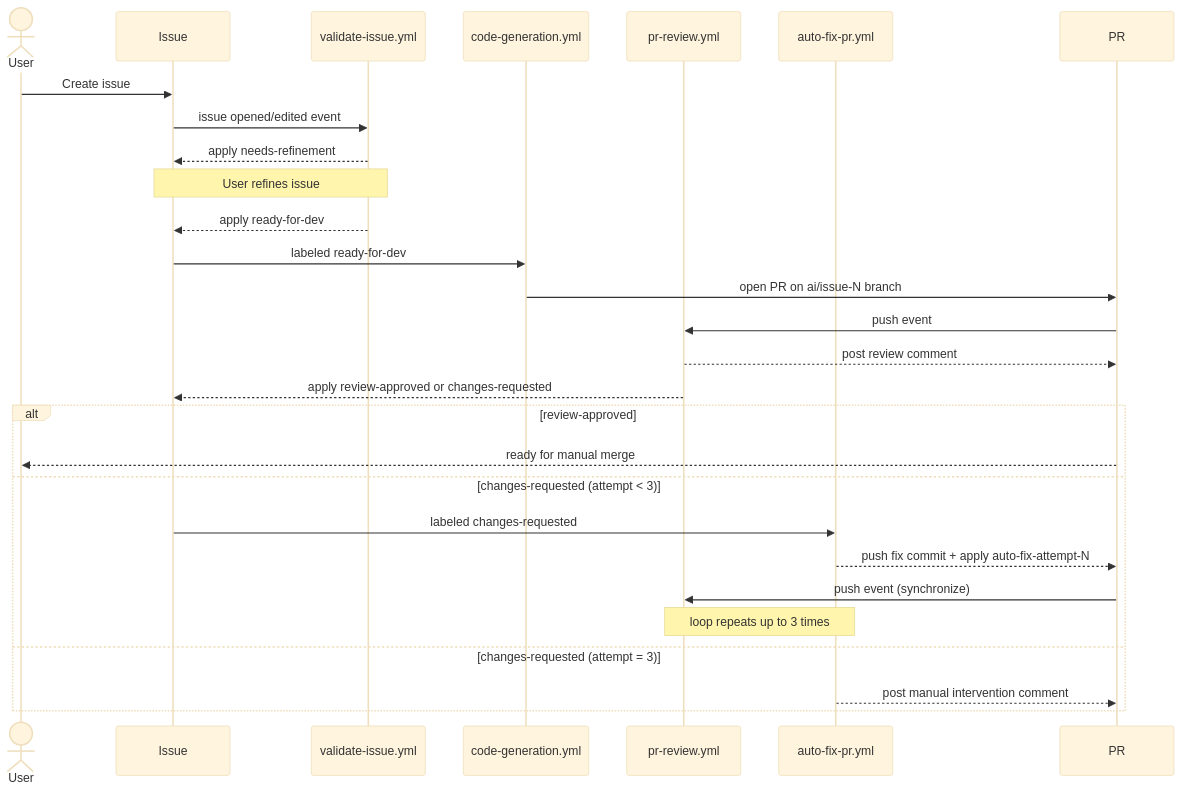
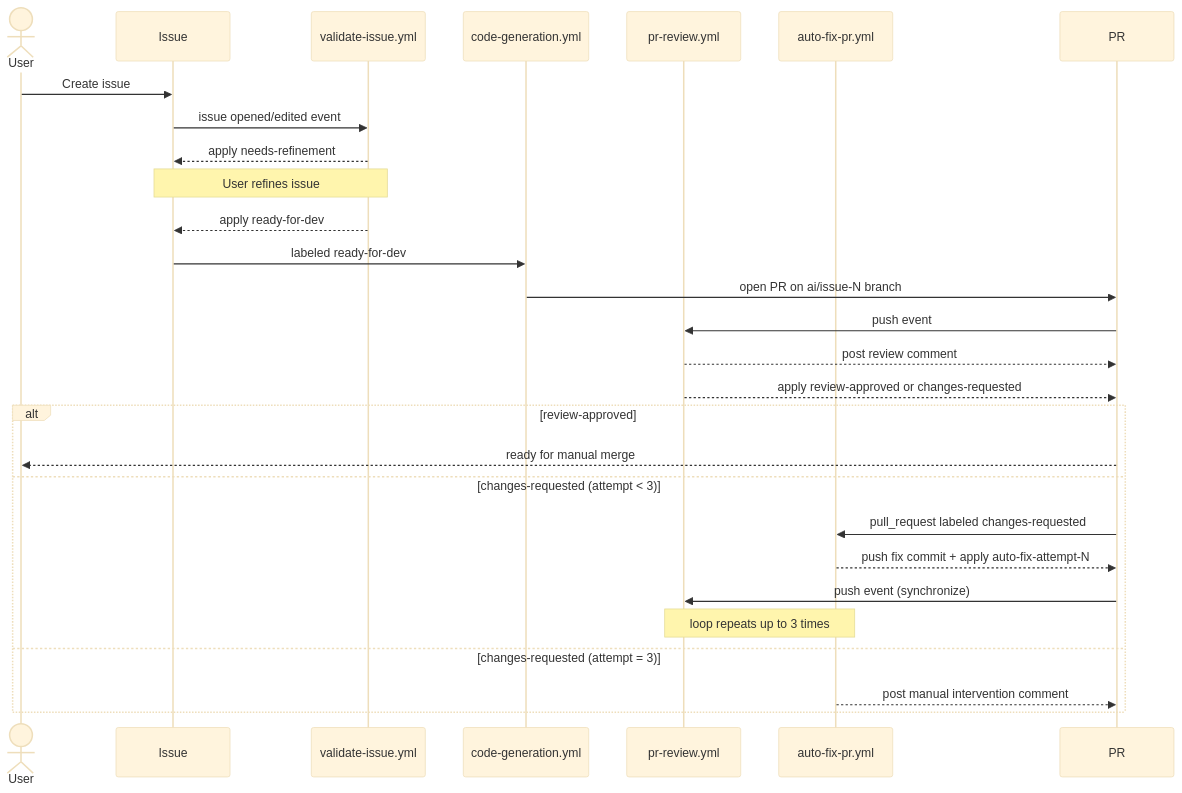
One commit to koydas/autonomous-dev-loop changed the diagram in docs/code-generation.md. Above: the diagram before and after it, drawn with Mermaid (base theme).

Commit message:
docs: fix Mermaid diagram — route changes-requested through PR, not Issue
auto-fix-pr.yml triggers on pull_request labeled events (not issue events).
Labels are applied to the PR via /issues/{prNumber}/labels (GitHub API for
PR labels) but fire as pull_request events. Two diagram arrows incorrectly
pointed at Issue; corrected to PR to match actual trigger semantics.

https://claude.ai/code/session_017ED9hPmtkiY6c5NNggWbE5

````diff
--- a/docs/code-generation.md
+++ b/docs/code-generation.md
@@ -107,34 +107,34 @@
 ```mermaid
 sequenceDiagram
     actor User
     participant Issue
     participant validate-issue.yml
     participant code-generation.yml
     participant pr-review.yml
     participant auto-fix-pr.yml
     participant PR
 
     User->>Issue: Create issue
     Issue->>validate-issue.yml: issue opened/edited event
     validate-issue.yml-->>Issue: apply needs-refinement
     Note over Issue,validate-issue.yml: User refines issue
     validate-issue.yml-->>Issue: apply ready-for-dev
 
     Issue->>code-generation.yml: labeled ready-for-dev
     code-generation.yml->>PR: open PR on ai/issue-N branch
 
     PR->>pr-review.yml: push event
     pr-review.yml-->>PR: post review comment
-    pr-review.yml-->>Issue: apply review-approved or changes-requested
+    pr-review.yml-->>PR: apply review-approved or changes-requested
 
     alt review-approved
         PR-->>User: ready for manual merge
     else changes-requested (attempt < 3)
-        Issue->>auto-fix-pr.yml: labeled changes-requested
+        PR->>auto-fix-pr.yml: pull_request labeled changes-requested
         auto-fix-pr.yml-->>PR: push fix commit + apply auto-fix-attempt-N
         PR->>pr-review.yml: push event (synchronize)
         Note over pr-review.yml,auto-fix-pr.yml: loop repeats up to 3 times
     else changes-requested (attempt = 3)
         auto-fix-pr.yml-->>PR: post manual intervention comment
     end
 ```
````
